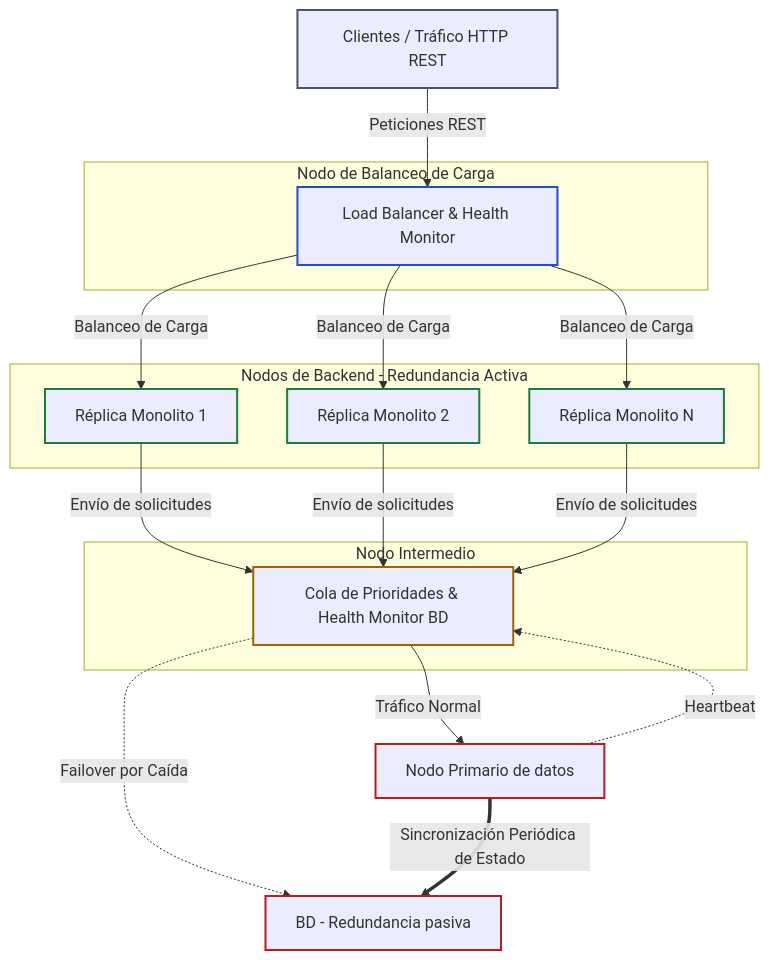
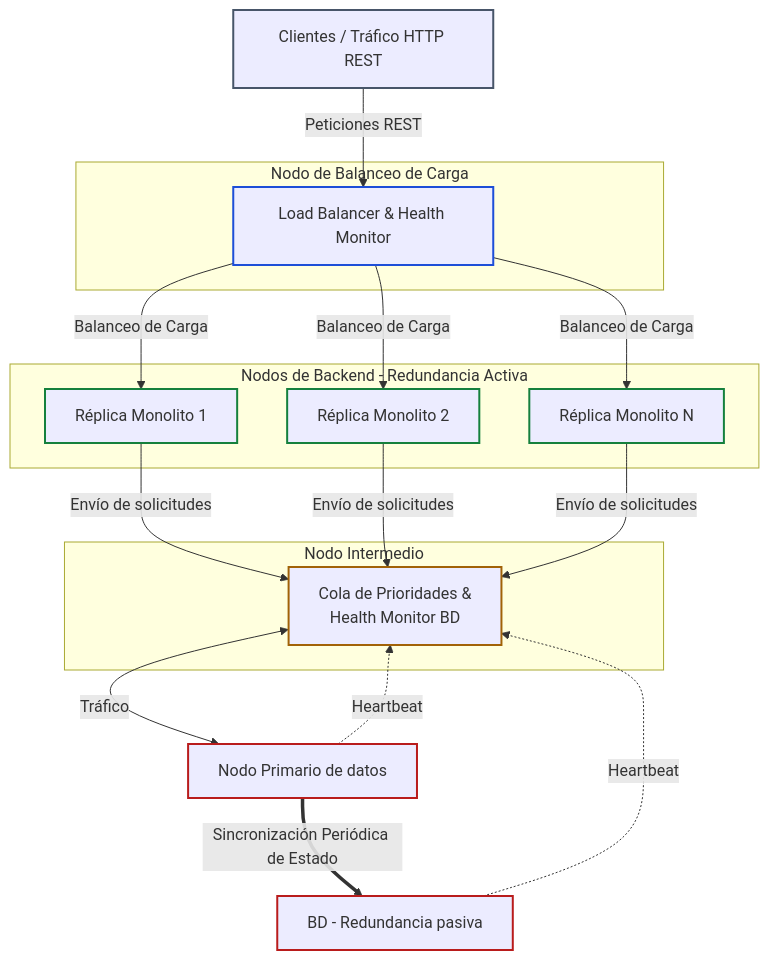
The first of 2 diagrams in docs/02-add/iteracion-6.md (nicolas-wai/trotamundos), drawn with Mermaid before and after one commit. The commit also changed other lines of this file and 2 other files, not shown here.

Commit message:
Completada iteración 6 del grupo (con riesgos a debatir)

````diff
--- a/docs/02-add/iteracion-6.md
+++ b/docs/02-add/iteracion-6.md
@@ -45,53 +45,51 @@
 ```mermaid
 graph TD
     %% Estilos de Nodos
     classDef client stroke:#475569,stroke-width:2px;
     classDef lb stroke:#1d4ed8,stroke-width:2px;
     classDef backend stroke:#15803d,stroke-width:2px;
     classDef queue stroke:#a16207,stroke-width:2px;
     classDef db stroke:#b91c1c,stroke-width:2px;
 
     %% Clientes externos
     Client[Clientes / Tráfico HTTP REST]:::client
 
     %% Nodo / Capa de Balanceo de Carga
     subgraph Capa_LB [Nodo de Balanceo de Carga]
         LB[Load Balancer & Health Monitor]:::lb
     end
 
     %% Capa de Backend (Redundancia Activa - ADR08)
     subgraph Capa_Backend [Nodos de Backend - Redundancia Activa]
         Backend1[Réplica Monolito 1]:::backend
         Backend2[Réplica Monolito 2]:::backend
         BackendN[Réplica Monolito N]:::backend
     end
 
     %% Nodo Intermedio (Cola + Monitor de BD - ADR09)
     subgraph Capa_Intermedia [Nodo Intermedio]
-        Queue[Cola de Prioridades & Health Monitor BD]:::queue
+        Queue[Cola de Prioridades &<br/>Health Monitor BD]:::queue
     end
 
     %% Flujos Principales de Datos / Peticiones (Líneas Sólidas)
     Client -->|Peticiones REST| LB
     LB -->|Balanceo de Carga| Backend1
     LB -->|Balanceo de Carga| Backend2
     LB -->|Balanceo de Carga| BackendN
 
     Backend1 -->|Envío de solicitudes| Queue
     Backend2 -->|Envío de solicitudes| Queue
     BackendN -->|Envío de solicitudes| Queue
     
     %% Flujos de Operaciones (Tráfico Normal al Nodo Primario)
-    Queue -->|"Tráfico Normal"| DB_Primary
+    Queue <-->|"Tráfico"| DB_Primary
     
     %% Nodos BD
     DB_Primary["Nodo Primario de datos"]:::db
     DB_Spare["BD - Redundancia pasiva"]:::db
     
     DB_Primary -.->|"Heartbeat"| Queue
-    
-    %% Conmutación (Failover) y Sincronización Inter-Nodo
-    Queue -.->|"Failover por Caída"| DB_Spare
+    DB_Spare -.->|"Heartbeat"| Queue
     
     DB_Primary ==>|"Sincronización Periódica de Estado"| DB_Spare
 ```
````
